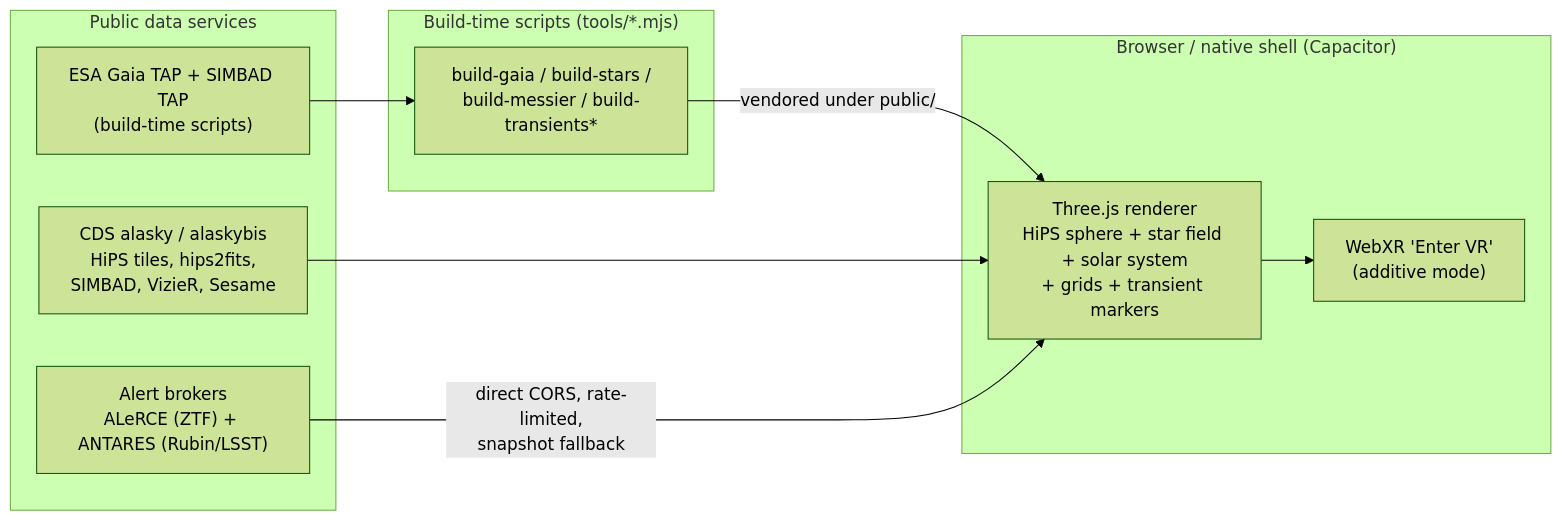
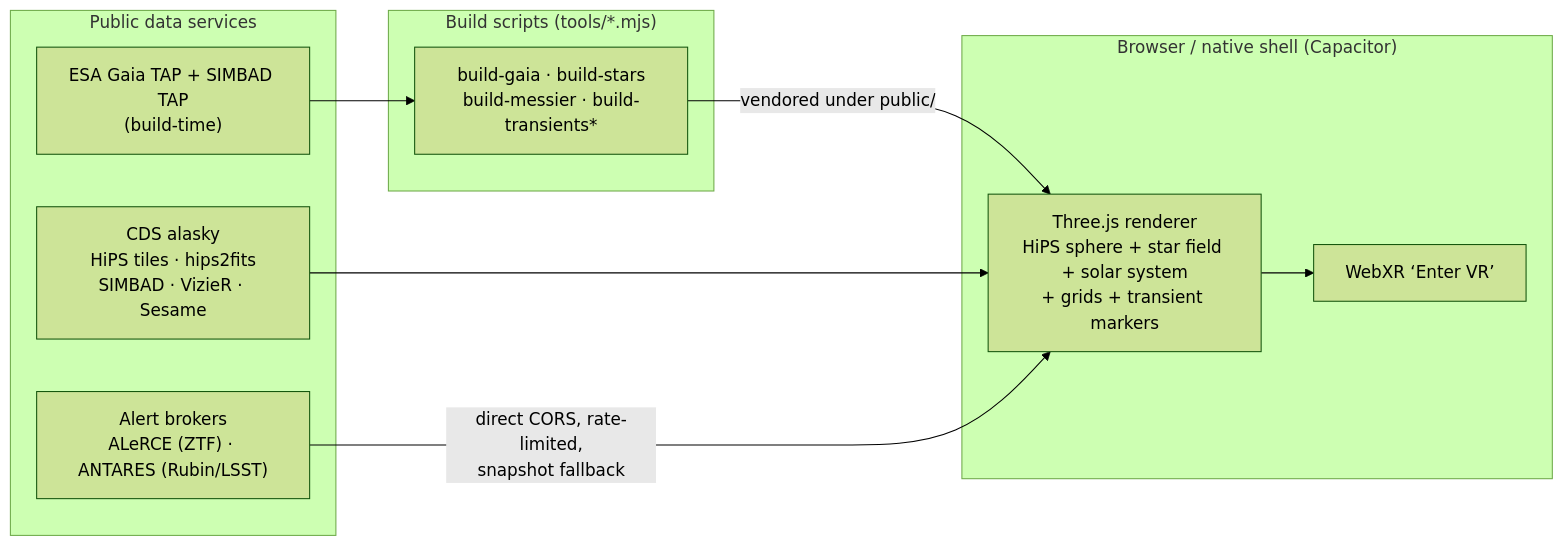
Before and after one commit to kunalb541/Brahmaand: the diagram in README.md, drawn with Mermaid (forest theme). The commit also changed other lines of this file and 63 other files, not shown here.

````diff
--- a/README.md
+++ b/README.md
@@ -199,19 +270,19 @@
 ```mermaid
 flowchart LR
   subgraph services["Public data services"]
-    CDS["CDS alasky / alaskybis<br/>HiPS tiles, hips2fits,<br/>SIMBAD, VizieR, Sesame"]
-    ESA["ESA Gaia TAP + SIMBAD TAP<br/>(build-time scripts)"]
-    BROKERS["Alert brokers<br/>ALeRCE (ZTF) + ANTARES (Rubin/LSST)"]
+    CDS["CDS alasky<br/>HiPS tiles · hips2fits<br/>SIMBAD · VizieR · Sesame"]
+    ESA["ESA Gaia TAP + SIMBAD TAP<br/>(build-time)"]
+    BROKERS["Alert brokers<br/>ALeRCE (ZTF) · ANTARES (Rubin/LSST)"]
   end
-  subgraph build["Build-time scripts (tools/*.mjs)"]
-    PIPE["build-gaia / build-stars /<br/>build-messier / build-transients*"]
+  subgraph build["Build scripts (tools/*.mjs)"]
+    PIPE["build-gaia · build-stars<br/>build-messier · build-transients*"]
   end
-  subgraph browser["Browser / native shell (Capacitor)"]
-    APP["Three.js renderer<br/>HiPS sphere + star field + solar system<br/>+ grids + transient markers"]
-    XR["WebXR 'Enter VR'<br/>(additive mode)"]
+  subgraph app["Browser / native shell (Capacitor)"]
+    CORE["Three.js renderer<br/>HiPS sphere + star field + solar system<br/>+ grids + transient markers"]
+    XR["WebXR ‘Enter VR’"]
   end
-  ESA --> PIPE -->|"vendored under public/"| APP
-  CDS --> APP
-  BROKERS -->|"direct CORS, rate-limited,<br/>snapshot fallback"| APP
-  APP --> XR
+  ESA --> PIPE -->|"vendored under public/"| CORE
+  CDS --> CORE
+  BROKERS -->|"direct CORS, rate-limited,<br/>snapshot fallback"| CORE
+  CORE --> XR
 ```
````
